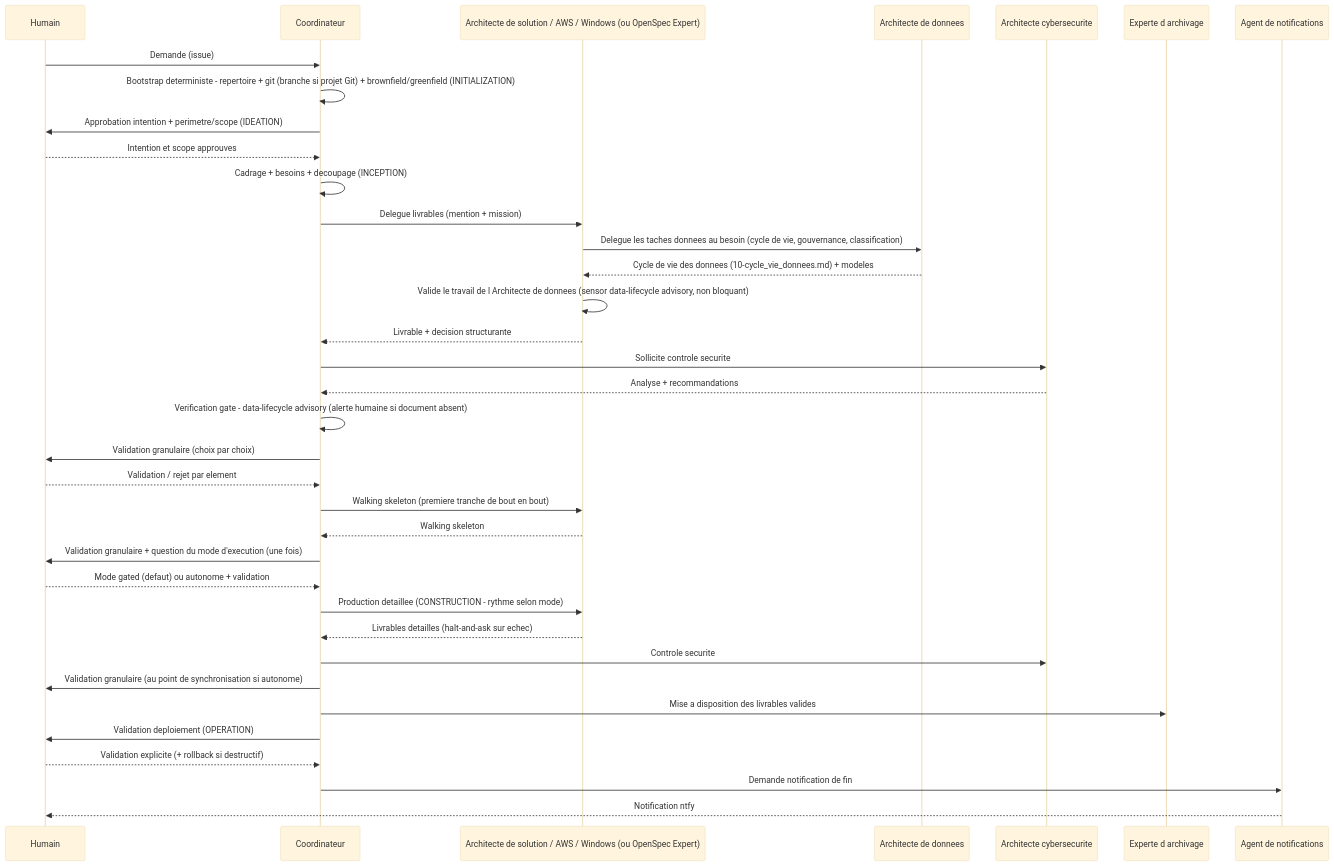
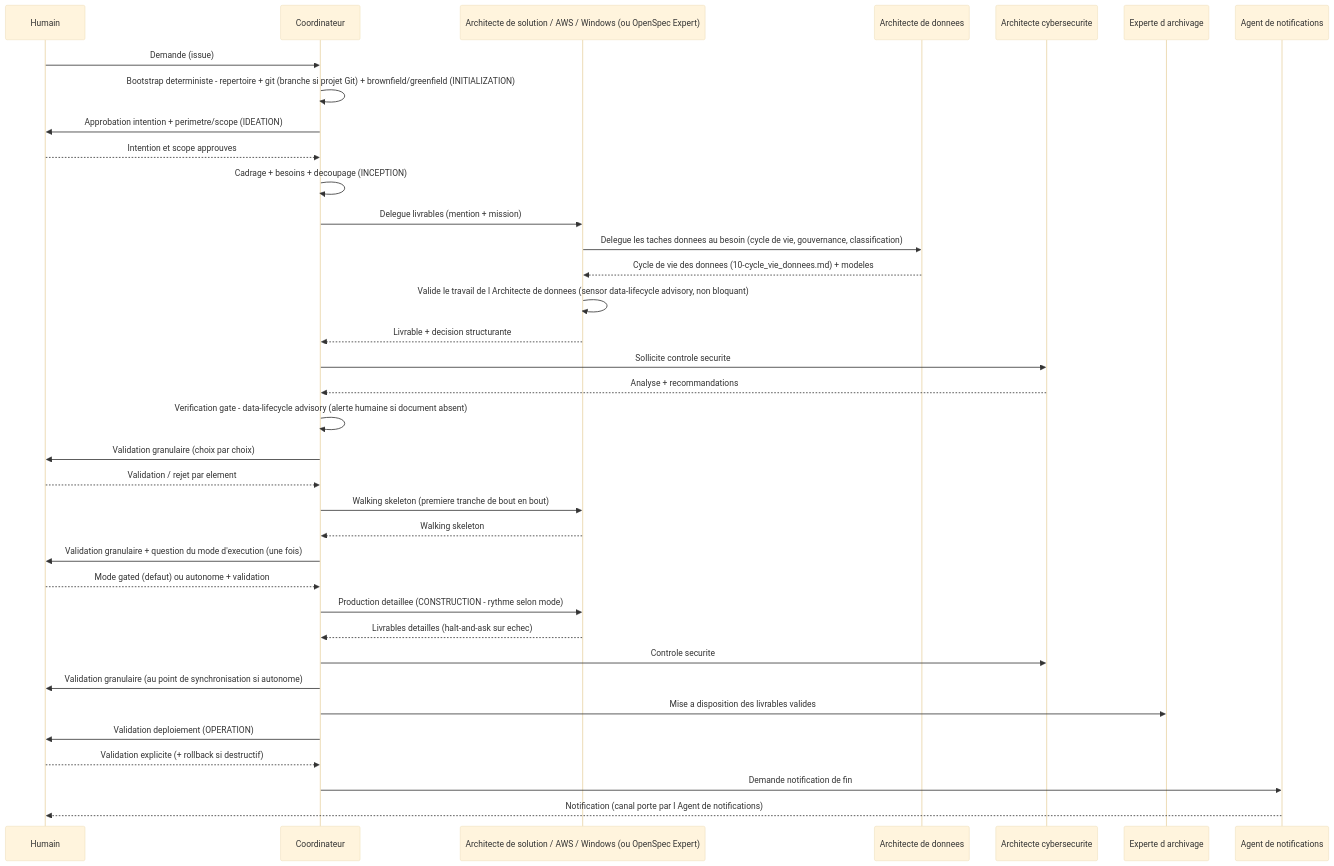
One commit to Gsyltc/homelab-portfolio changed the second of 2 diagrams in core/common/conductor.md. Above: the diagram before and after it, drawn with Mermaid (base theme). The commit also changed 3 other files, not shown here.

First line of the commit message:
feat(core): notification humaine obligatoire via Agent de notifications (canal agnostique)

````diff
--- a/core/common/conductor.md
+++ b/core/common/conductor.md
@@ -185,39 +185,39 @@
 ```mermaid
 sequenceDiagram
     participant H as Humain
     participant S as Coordinateur
     participant A as Architecte de solution / AWS / Windows (ou OpenSpec Expert)
     participant D as Architecte de donnees
     participant X as Architecte cybersecurite
     participant N as Experte d archivage
     participant AL as Agent de notifications
 
     H->>S: Demande (issue)
     S->>S: Bootstrap deterministe - repertoire + git (branche si projet Git) + brownfield/greenfield (INITIALIZATION)
     S->>H: Approbation intention + perimetre/scope (IDEATION)
     H-->>S: Intention et scope approuves
     S->>S: Cadrage + besoins + decoupage (INCEPTION)
     S->>A: Delegue livrables (mention + mission)
     A->>D: Delegue les taches donnees au besoin (cycle de vie, gouvernance, classification)
     D-->>A: Cycle de vie des donnees (10-cycle_vie_donnees.md) + modeles
     A->>A: Valide le travail de l Architecte de donnees (sensor data-lifecycle advisory, non bloquant)
     A-->>S: Livrable + decision structurante
     S->>X: Sollicite controle securite
     X-->>S: Analyse + recommandations
     S->>S: Verification gate - data-lifecycle advisory (alerte humaine si document absent)
     S->>H: Validation granulaire (choix par choix)
     H-->>S: Validation / rejet par element
     S->>A: Walking skeleton (premiere tranche de bout en bout)
     A-->>S: Walking skeleton
     S->>H: Validation granulaire + question du mode d'execution (une fois)
     H-->>S: Mode gated (defaut) ou autonome + validation
     S->>A: Production detaillee (CONSTRUCTION - rythme selon mode)
     A-->>S: Livrables detailles (halt-and-ask sur echec)
     S->>X: Controle securite
     S->>H: Validation granulaire (au point de synchronisation si autonome)
     S->>N: Mise a disposition des livrables valides
     S->>H: Validation deploiement (OPERATION)
     H-->>S: Validation explicite (+ rollback si destructif)
     S->>AL: Demande notification de fin
-    AL-->>H: Notification ntfy
+    AL-->>H: Notification (canal porte par l Agent de notifications)
 ```
````
